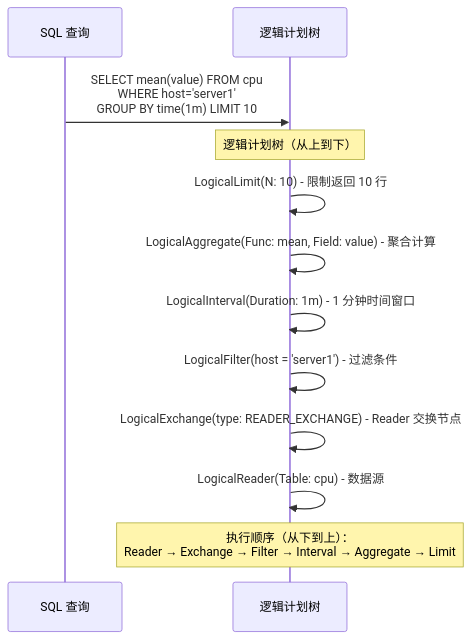
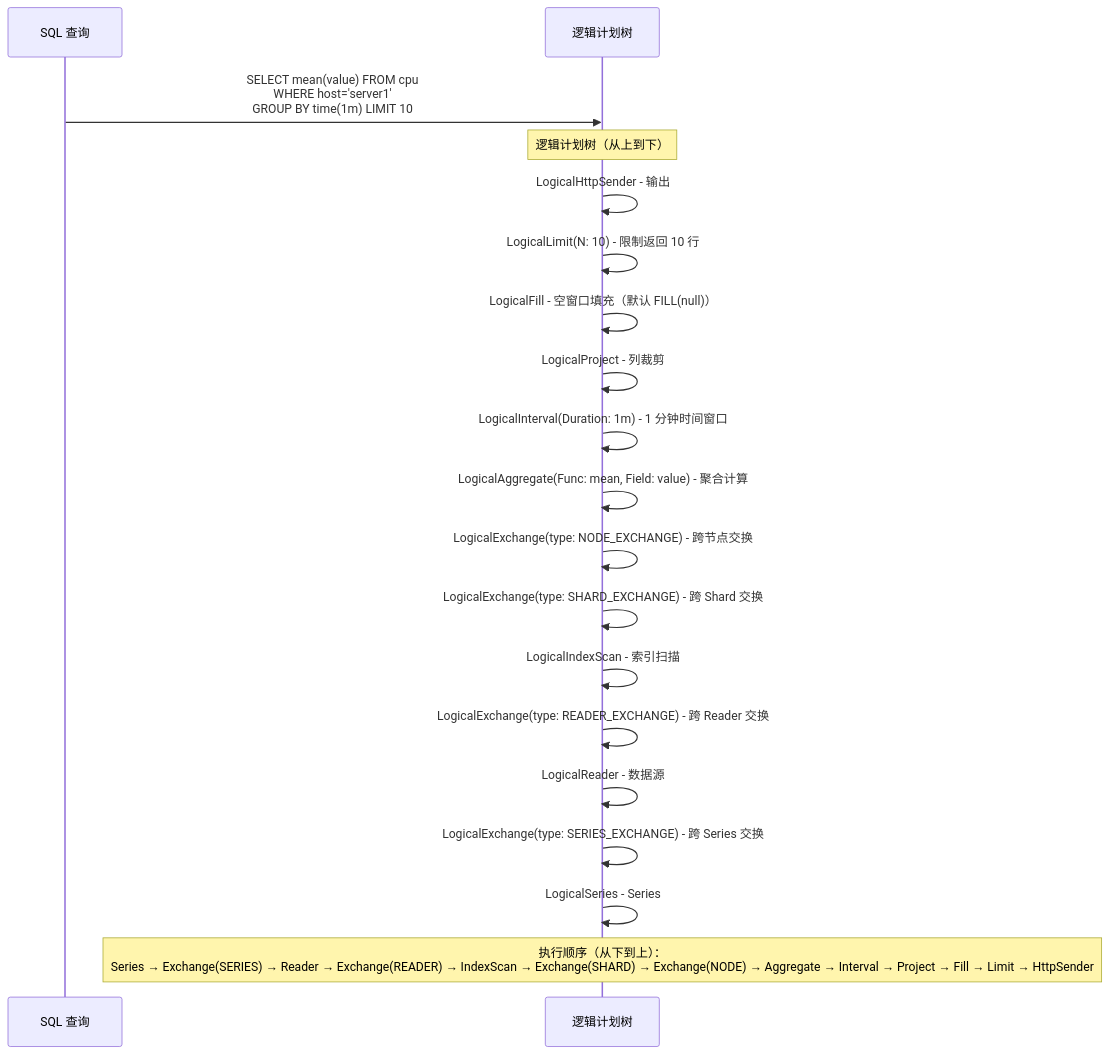
Before and after one commit to stefanv5/openGemini: the seventh of 33 diagrams in docs/specs/03_query_engine_spec.md, drawn with Mermaid. The commit also changed other lines of this file and 37 other files, not shown here.

````diff
--- a/docs/specs/03_query_engine_spec.md
+++ b/docs/specs/03_query_engine_spec.md
@@ -510,17 +516,24 @@
 ```mermaid
 sequenceDiagram
     participant SQL as SQL 查询
     participant Tree as 逻辑计划树
 
     SQL->>Tree: SELECT mean(value) FROM cpu<br/>WHERE host='server1'<br/>GROUP BY time(1m) LIMIT 10
 
     Note over Tree: 逻辑计划树（从上到下）
+    Tree->>Tree: LogicalHttpSender - 输出
     Tree->>Tree: LogicalLimit(N: 10) - 限制返回 10 行
+    Tree->>Tree: LogicalFill - 空窗口填充（默认 FILL(null)）
+    Tree->>Tree: LogicalProject - 列裁剪
+    Tree->>Tree: LogicalInterval(Duration: 1m) - 1 分钟时间窗口
     Tree->>Tree: LogicalAggregate(Func: mean, Field: value) - 聚合计算
-    Tree->>Tree: LogicalInterval(Duration: 1m) - 1 分钟时间窗口
-    Tree->>Tree: LogicalFilter(host = 'server1') - 过滤条件
-    Tree->>Tree: LogicalExchange(type: READER_EXCHANGE) - Reader 交换节点
-    Tree->>Tree: LogicalReader(Table: cpu) - 数据源
+    Tree->>Tree: LogicalExchange(type: NODE_EXCHANGE) - 跨节点交换
+    Tree->>Tree: LogicalExchange(type: SHARD_EXCHANGE) - 跨 Shard 交换
+    Tree->>Tree: LogicalIndexScan - 索引扫描
+    Tree->>Tree: LogicalExchange(type: READER_EXCHANGE) - 跨 Reader 交换
+    Tree->>Tree: LogicalReader - 数据源
+    Tree->>Tree: LogicalExchange(type: SERIES_EXCHANGE) - 跨 Series 交换
+    Tree->>Tree: LogicalSeries - Series
 
-    Note over Tree: 执行顺序（从下到上）：<br/>Reader → Exchange → Filter → Interval → Aggregate → Limit
+    Note over Tree: 执行顺序（从下到上）：<br/>Series → Exchange(SERIES) → Reader → Exchange(READER) → IndexScan → Exchange(SHARD) → Exchange(NODE) → Aggregate → Interval → Project → Fill → Limit → HttpSender
 ```
````
